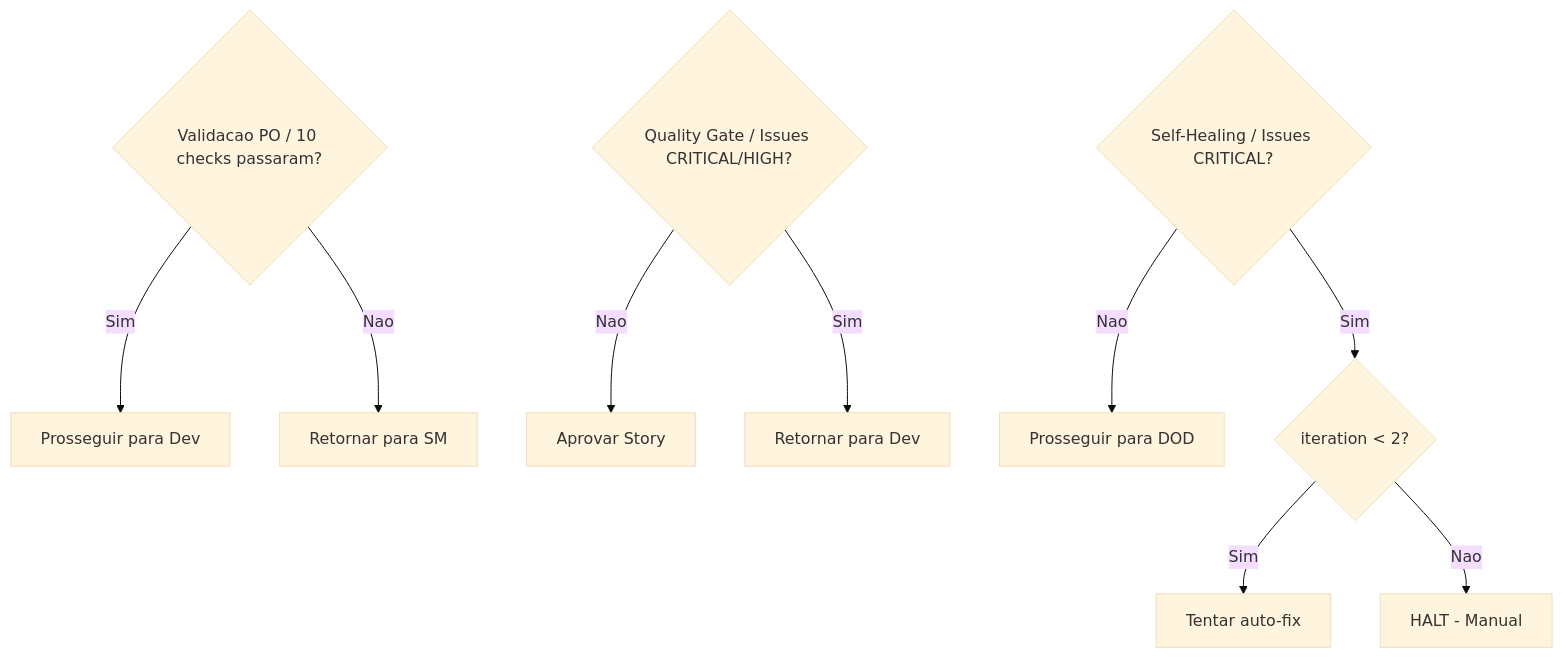
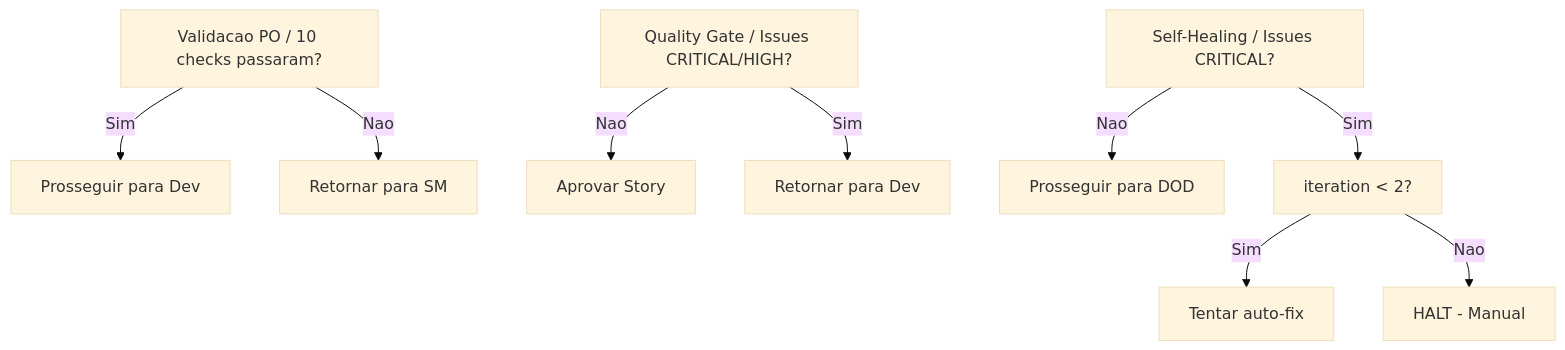
Before and after one commit to bychrisr/aios-docs: the seventh of 7 diagrams in content/en/docs/guides/workflows/STORY-DEVELOPMENT-CYCLE-WORKFLOW.mdx, drawn with Mermaid (base theme). The commit also changed other lines of this file and 40 other files, not shown here.

````diff
--- a/content/en/docs/guides/workflows/STORY-DEVELOPMENT-CYCLE-WORKFLOW.mdx
+++ b/content/en/docs/guides/workflows/STORY-DEVELOPMENT-CYCLE-WORKFLOW.mdx
@@ -616,16 +616,16 @@
 ```mermaid
 graph TD
-    D1{Validacao PO / 10 checks passaram?}
+    D1[Validacao PO / 10 checks passaram?]
     D1 -->|Sim| CONTINUE1[Prosseguir para Dev]
     D1 -->|Nao| RETURN1[Retornar para SM]
 
-    D2{Quality Gate / Issues CRITICAL/HIGH?}
+    D2[Quality Gate / Issues CRITICAL/HIGH?]
     D2 -->|Nao| CONTINUE2[Aprovar Story]
     D2 -->|Sim| RETURN2[Retornar para Dev]
 
-    D3{Self-Healing / Issues CRITICAL?}
+    D3[Self-Healing / Issues CRITICAL?]
     D3 -->|Nao| CONTINUE3[Prosseguir para DOD]
-    D3 -->|Sim| D4{iteration < 2?}
+    D3 -->|Sim| D4[iteration < 2?]
     D4 -->|Sim| FIX[Tentar auto-fix]
     D4 -->|Nao| HALT[HALT - Manual]
 ```
````
